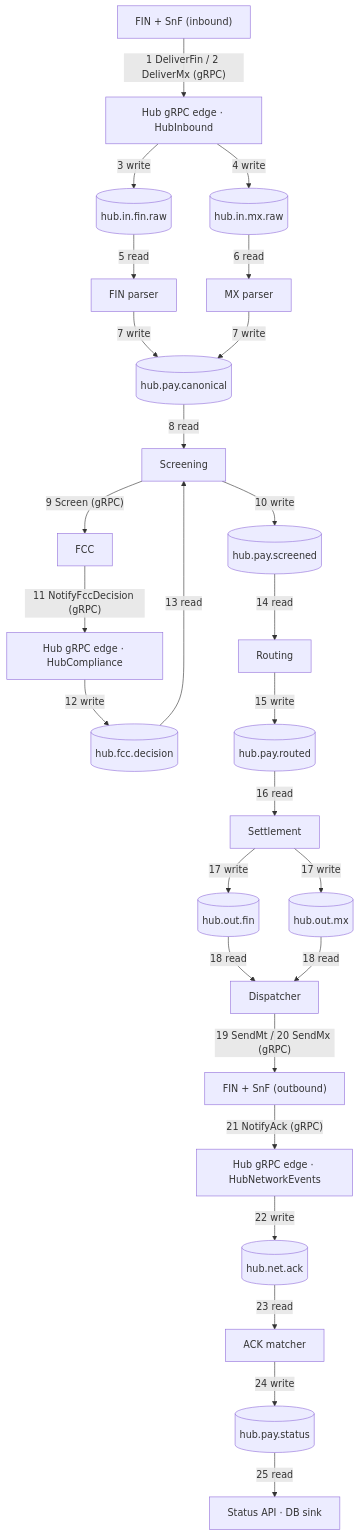
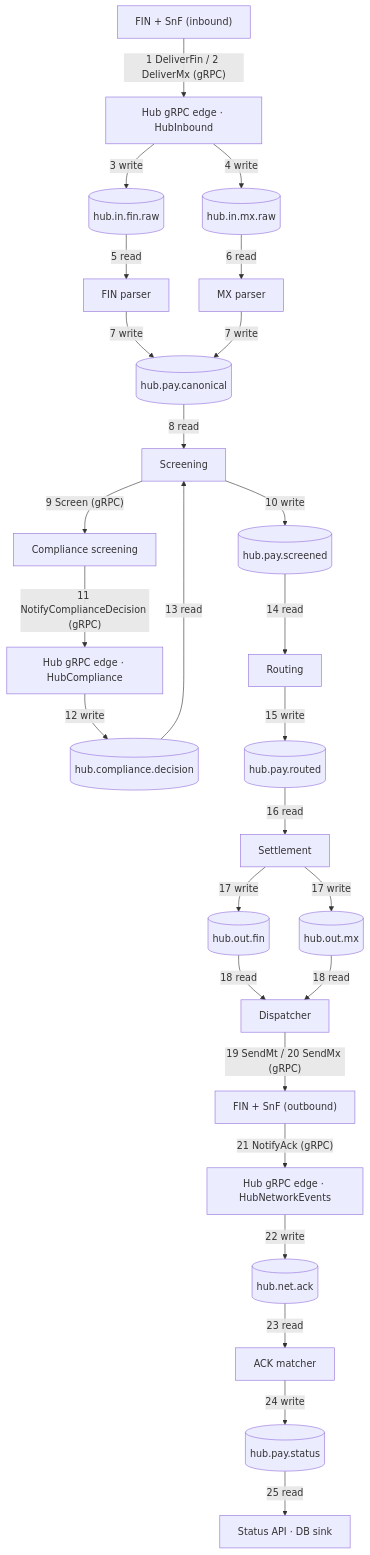
One commit to QMultiverse/PerfObservability changed the fourth of 5 diagrams in docs/platform-design.md. Above: the diagram before and after it, drawn with Mermaid. The commit also changed other lines of this file and 158 other files, not shown here.

````diff
--- a/docs/platform-design.md
+++ b/docs/platform-design.md
@@ -234,29 +234,29 @@
 ```mermaid
 flowchart TB
   FS1["FIN + SnF (inbound)"] -- "1 DeliverFin / 2 DeliverMx (gRPC)" --> EIN["Hub gRPC edge · HubInbound"]
   EIN -- "3 write" --> TF[("hub.in.fin.raw")]
   EIN -- "4 write" --> TMX[("hub.in.mx.raw")]
   TF -- "5 read" --> FP["FIN parser"]
   TMX -- "6 read" --> MP["MX parser"]
   FP -- "7 write" --> TC[("hub.pay.canonical")]
   MP -- "7 write" --> TC
   TC -- "8 read" --> SCR["Screening"]
-  SCR -- "9 Screen (gRPC)" --> FCC["FCC"]
-  FCC -- "11 NotifyFccDecision (gRPC)" --> EC["Hub gRPC edge · HubCompliance"]
-  EC -- "12 write" --> TD[("hub.fcc.decision")]
+  SCR -- "9 Screen (gRPC)" --> CMP["Compliance screening"]
+  CMP -- "11 NotifyComplianceDecision (gRPC)" --> EC["Hub gRPC edge · HubCompliance"]
+  EC -- "12 write" --> TD[("hub.compliance.decision")]
   TD -- "13 read" --> SCR
   SCR -- "10 write" --> TS[("hub.pay.screened")]
   TS -- "14 read" --> RT["Routing"]
   RT -- "15 write" --> TR[("hub.pay.routed")]
   TR -- "16 read" --> ST["Settlement"]
   ST -- "17 write" --> TOF[("hub.out.fin")]
   ST -- "17 write" --> TOM[("hub.out.mx")]
   TOF -- "18 read" --> DP["Dispatcher"]
   TOM -- "18 read" --> DP
   DP -- "19 SendMt / 20 SendMx (gRPC)" --> FS2["FIN + SnF (outbound)"]
   FS2 -- "21 NotifyAck (gRPC)" --> EN["Hub gRPC edge · HubNetworkEvents"]
   EN -- "22 write" --> TA[("hub.net.ack")]
   TA -- "23 read" --> AM["ACK matcher"]
   AM -- "24 write" --> TST[("hub.pay.status")]
   TST -- "25 read" --> SINK["Status API · DB sink"]
 ```
````
